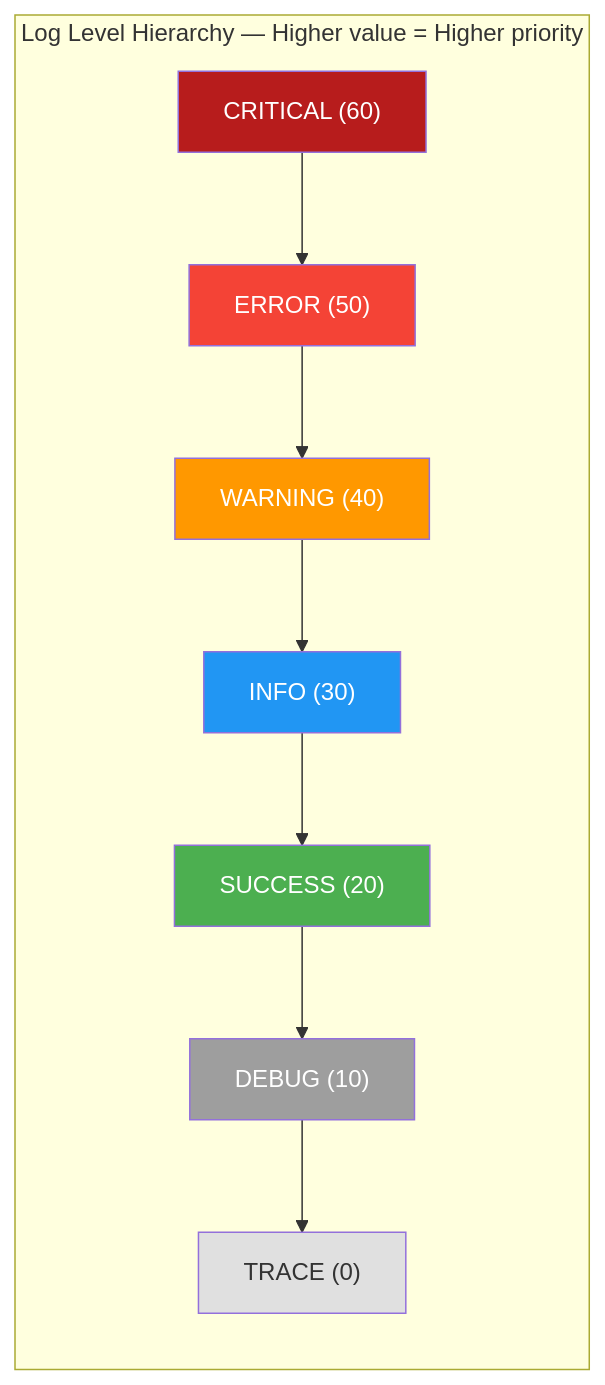
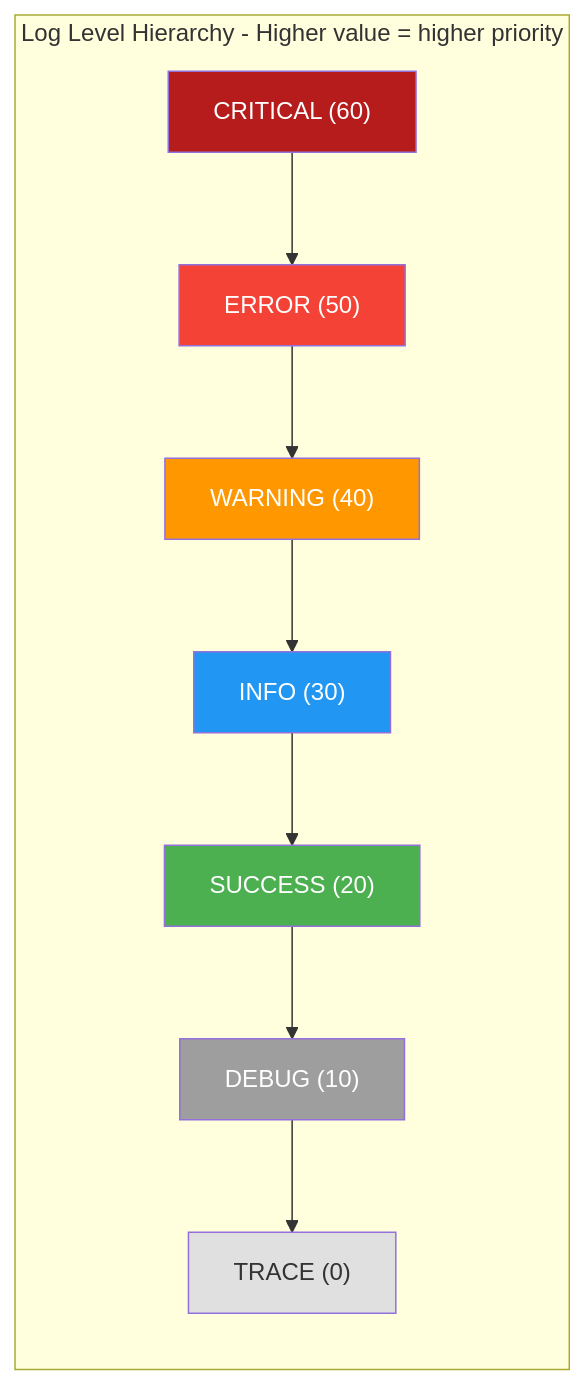
Before and after one commit to Mr-xiaotian/CelestialFlow: the diagram in docs/en/src/runtime/util_constant.md, drawn with Mermaid. The commit also changed other lines of this file and 168 other files, not shown here.

````diff
--- a/docs/en/src/runtime/util_constant.md
+++ b/docs/en/src/runtime/util_constant.md
@@ -27,28 +27,28 @@
 ```mermaid
 flowchart TD
-    subgraph Levels["Log Level Hierarchy — Higher value = Higher priority"]
+    subgraph Levels["Log Level Hierarchy - Higher value = higher priority"]
         direction TB
         CRI["CRITICAL (60)"]
         ERR["ERROR (50)"]
         WAR["WARNING (40)"]
         INF["INFO (30)"]
         SUC["SUCCESS (20)"]
         DEB["DEBUG (10)"]
         TRA["TRACE (0)"]
     end
 
     CRI --> ERR
     ERR --> WAR
     WAR --> INF
     INF --> SUC
     SUC --> DEB
     DEB --> TRA
 
     style CRI fill:#b71c1c,color:#fff
     style ERR fill:#f44336,color:#fff
     style WAR fill:#ff9800,color:#fff
     style INF fill:#2196f3,color:#fff
     style SUC fill:#4caf50,color:#fff
     style DEB fill:#9e9e9e,color:#fff
     style TRA fill:#e0e0e0
 ```
````
